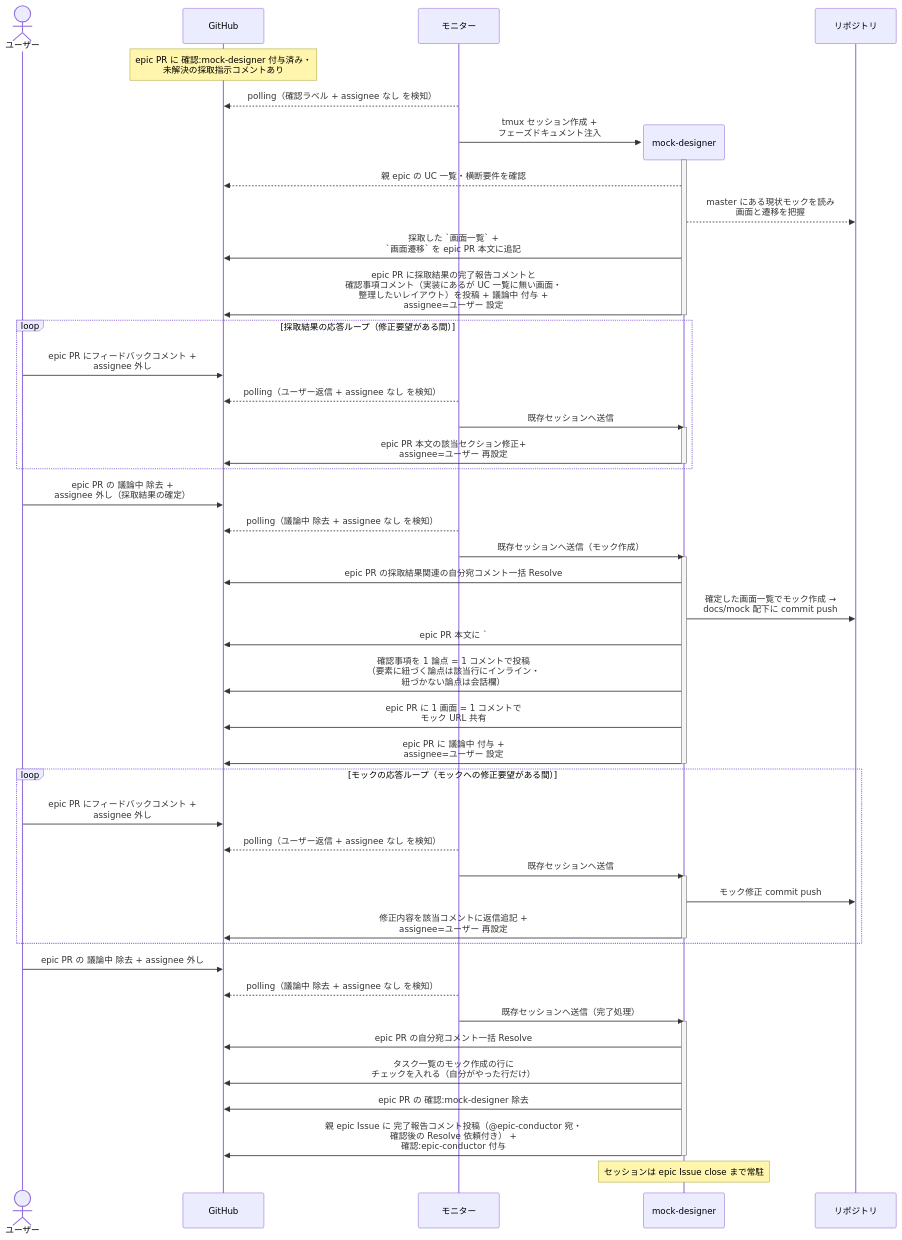
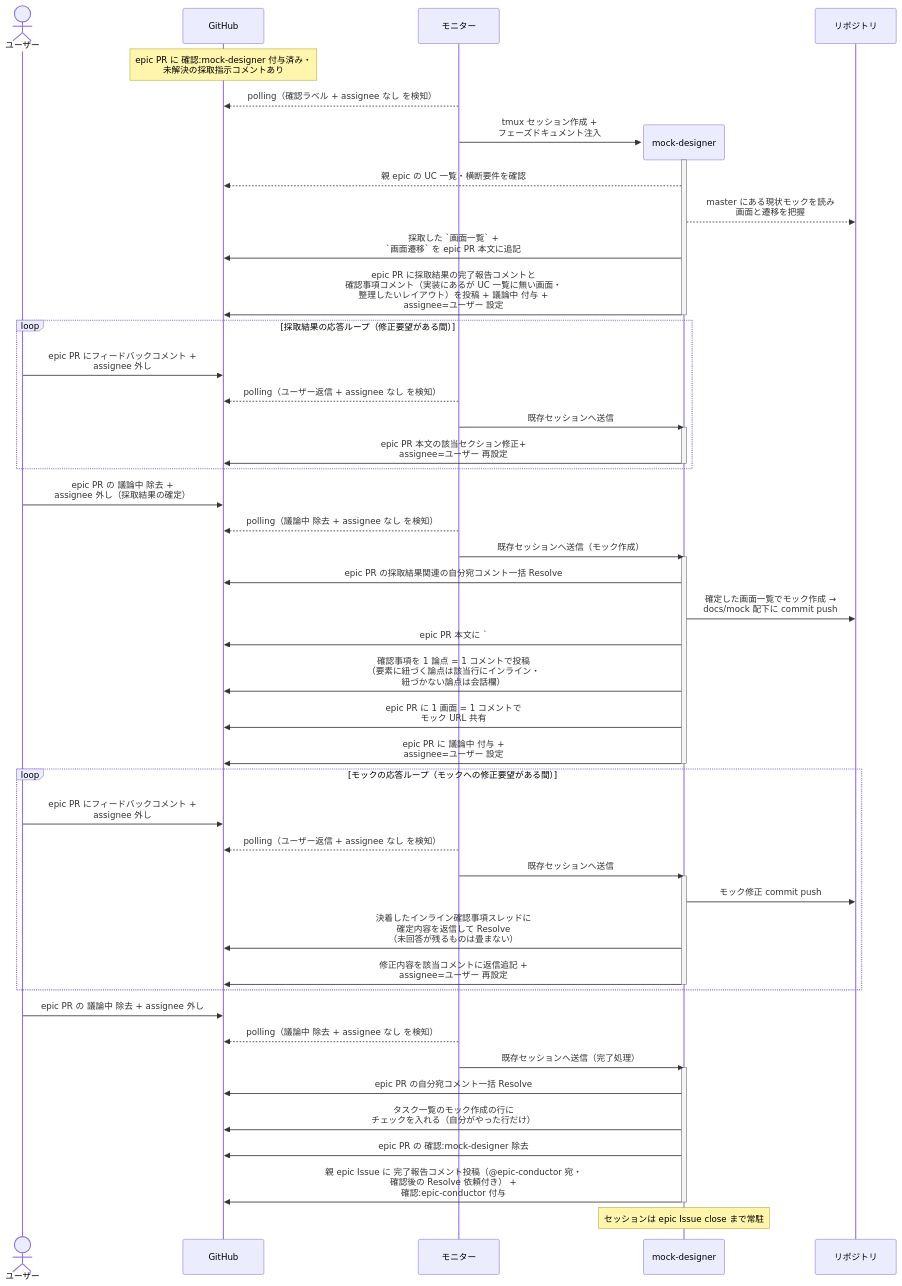
The second of 2 diagrams in docs/wiki/設計図/シナリオ/単一ユースケース/全体UI設計.md (shuhei1101/ai-monitor), drawn with Mermaid before and after one commit. The commit also changed other lines of this file and 15 other files, not shown here.

````diff
--- a/docs/wiki/設計図/シナリオ/単一ユースケース/全体UI設計.md
+++ b/docs/wiki/設計図/シナリオ/単一ユースケース/全体UI設計.md
@@ -113,60 +114,61 @@
 ```mermaid
 sequenceDiagram
   actor U as ユーザー
   participant GH as GitHub
   participant ORC as モニター
 
   Note over GH: epic PR に 確認:mock-designer 付与済み・<br>未解決の採取指示コメントあり
   ORC-->>GH: polling（確認ラベル + assignee なし を検知）
   create participant MON as mock-designer
   ORC->>MON: tmux セッション作成 +<br>フェーズドキュメント注入
   participant REPO as リポジトリ
   activate MON
   MON-->>GH: 親 epic の UC 一覧・横断要件を確認
   MON-->>REPO: master にある現状モックを読み<br>画面と遷移を把握
   MON->>GH: 採取した `画面一覧` +<br>`画面遷移` を epic PR 本文に追記
   MON->>GH: epic PR に採取結果の完了報告コメントと<br>確認事項コメント（実装にあるが UC 一覧に無い画面・<br>整理したいレイアウト）を投稿 + 議論中 付与 +<br>assignee=ユーザー 設定
   deactivate MON
 
   loop 採取結果の応答ループ（修正要望がある間）
     U->>GH: epic PR にフィードバックコメント +<br>assignee 外し
     ORC-->>GH: polling（ユーザー返信 + assignee なし を検知）
     ORC->>MON: 既存セッションへ送信
     activate MON
     MON->>GH: epic PR 本文の該当セクション修正+<br>assignee=ユーザー 再設定
     deactivate MON
   end
 
   U->>GH: epic PR の 議論中 除去 +<br>assignee 外し（採取結果の確定）
   ORC-->>GH: polling（議論中 除去 + assignee なし を検知）
   ORC->>MON: 既存セッションへ送信（モック作成）
   activate MON
   MON->>GH: epic PR の採取結果関連の自分宛コメント一括 Resolve
   MON->>REPO: 確定した画面一覧でモック作成 →<br>docs/mock 配下に commit push
   MON->>GH: epic PR 本文に `### モック`（画面ごとの URL 一覧）を追記
   MON->>GH: 確認事項を 1 論点 = 1 コメントで投稿<br>（要素に紐づく論点は該当行にインライン・<br>紐づかない論点は会話欄）
   MON->>GH: epic PR に 1 画面 = 1 コメントで<br>モック URL 共有
   MON->>GH: epic PR に 議論中 付与 +<br>assignee=ユーザー 設定
   deactivate MON
 
   loop モックの応答ループ（モックへの修正要望がある間）
     U->>GH: epic PR にフィードバックコメント +<br>assignee 外し
     ORC-->>GH: polling（ユーザー返信 + assignee なし を検知）
     ORC->>MON: 既存セッションへ送信
     activate MON
     MON->>REPO: モック修正 commit push
+    MON->>GH: 決着したインライン確認事項スレッドに<br>確定内容を返信して Resolve<br>（未回答が残るものは畳まない）
     MON->>GH: 修正内容を該当コメントに返信追記 +<br>assignee=ユーザー 再設定
     deactivate MON
   end
 
   U->>GH: epic PR の 議論中 除去 + assignee 外し
   ORC-->>GH: polling（議論中 除去 + assignee なし を検知）
   ORC->>MON: 既存セッションへ送信（完了処理）
   activate MON
   MON->>GH: epic PR の自分宛コメント一括 Resolve
   MON->>GH: タスク一覧のモック作成の行に<br>チェックを入れる（自分がやった行だけ）
   MON->>GH: epic PR の 確認:mock-designer 除去
   MON->>GH: 親 epic Issue に 完了報告コメント投稿（@epic-conductor 宛・<br>確認後の Resolve 依頼付き） +<br>確認:epic-conductor 付与
   deactivate MON
   Note over MON: セッションは epic Issue close まで常駐
 ```
````
